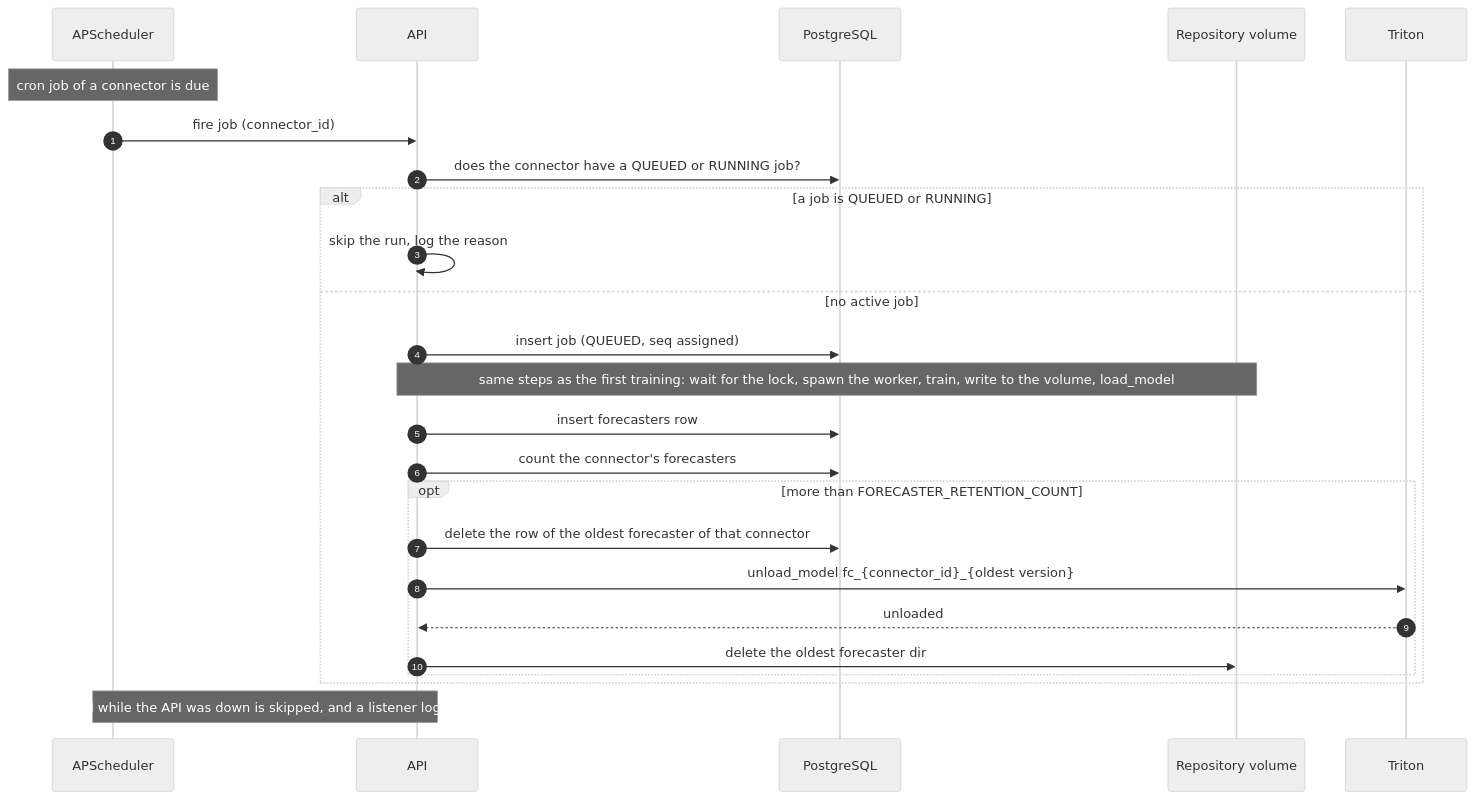
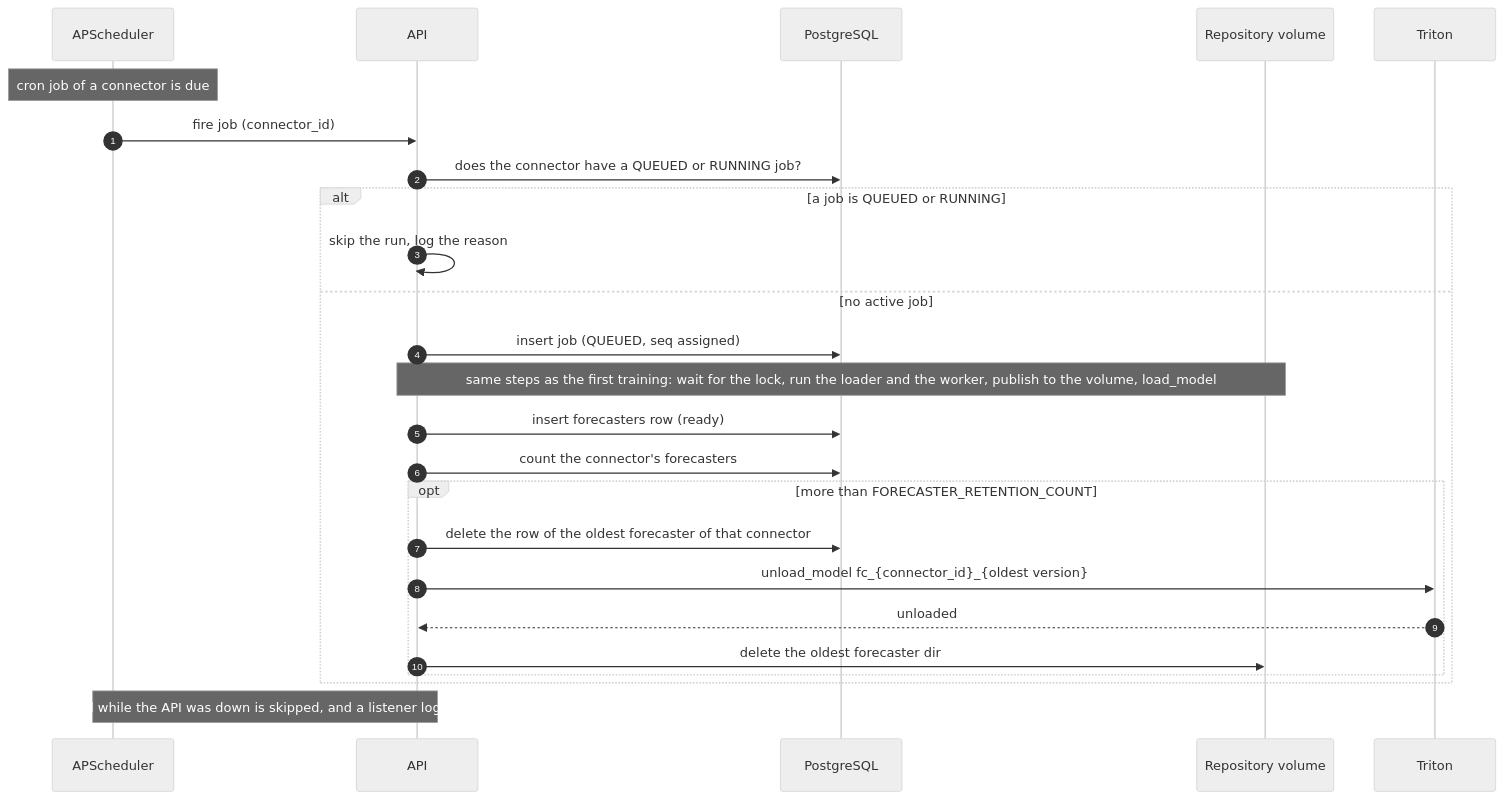
The fourth of 4 diagrams in docs/proposals/forecast_service_proposal.md (IBM/project-ai-services), drawn with Mermaid (neutral theme) before and after one commit. The commit also changed other lines of this file and 10 other files, not shown here.

````diff
--- a/docs/proposals/forecast_service_proposal.md
+++ b/docs/proposals/forecast_service_proposal.md
@@ -797,31 +807,31 @@
 ```mermaid
 sequenceDiagram
     autonumber
     participant P as APScheduler
     participant A as API
     participant DB as PostgreSQL
     participant V as Repository volume
     participant T as Triton
 
     Note over P: cron job of a connector is due
     P->>A: fire job (connector_id)
     A->>DB: does the connector have a QUEUED or RUNNING job?
 
     alt a job is QUEUED or RUNNING
         A->>A: skip the run, log the reason
     else no active job
         A->>DB: insert job (QUEUED, seq assigned)
-        Note over A,V: same steps as the first training: wait for the lock, spawn the worker, train, write to the volume, load_model
-        A->>DB: insert forecasters row
+        Note over A,V: same steps as the first training: wait for the lock, run the loader and the worker, publish to the volume, load_model
+        A->>DB: insert forecasters row (ready)
 
         A->>DB: count the connector's forecasters
         opt more than FORECASTER_RETENTION_COUNT
             A->>DB: delete the row of the oldest forecaster of that connector
             A->>T: unload_model fc_{connector_id}_{oldest version}
             T-->>A: unloaded
             A->>V: delete the oldest forecaster dir
         end
     end
 
     Note over P,A: a run missed while the API was down is skipped, and a listener logs the reason
 ```
````
